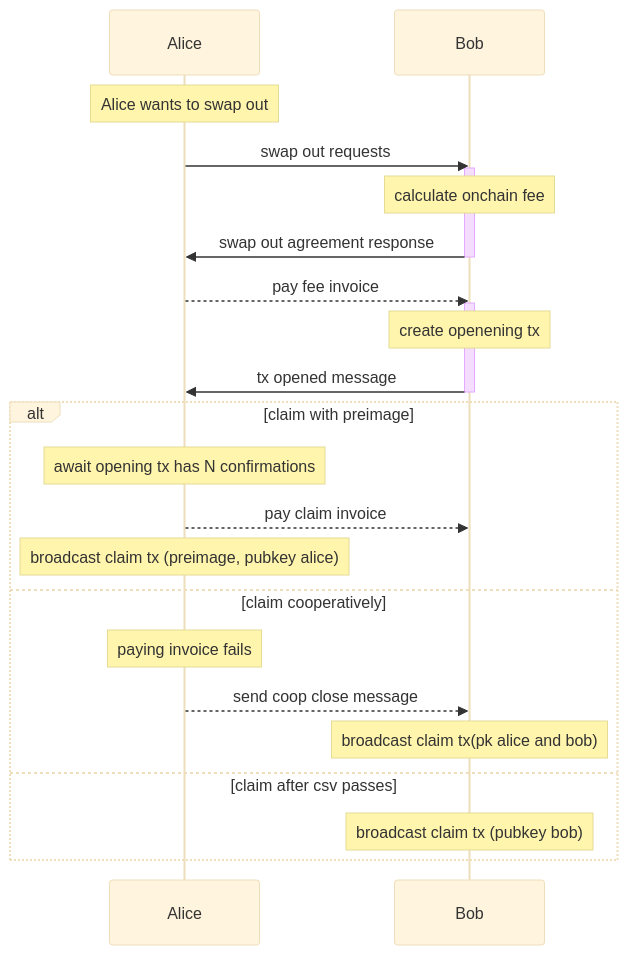
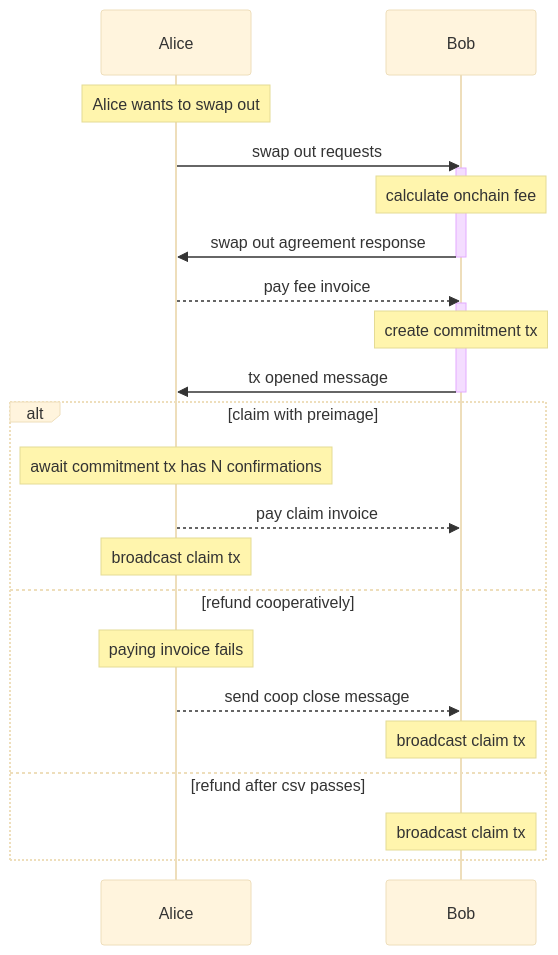
One commit to ElementsProject/peerswap changed the diagram in docs/mmd/swap-out-sequence.md. Above: the diagram before and after it, drawn with Mermaid (base theme). The commit also changed 14 other files, not shown here.

````diff
--- a/docs/mmd/swap-out-sequence.md
+++ b/docs/mmd/swap-out-sequence.md
@@ -1,29 +1,29 @@
 ```mermaid
 sequenceDiagram
 participant A as Alice
 participant B as Bob
 
 Note over A: Alice wants to swap out
 
 A->>B: swap out requests
 activate B
 Note over B: calculate onchain fee
 B->>A: swap out agreement response
 deactivate B
 A-->>B: pay fee invoice
 activate B
-Note over B: create openening tx
+Note over B: create commitment tx
 B->>A: tx opened message
 deactivate B
 alt claim with preimage
-Note over A: await opening tx has N confirmations
+Note over A: await commitment tx has N confirmations
 A-->>B: pay claim invoice
-Note over A: broadcast claim tx (preimage, pubkey alice)
-else claim cooperatively
+Note over A: broadcast claim tx
+else refund cooperatively
 Note over A: paying invoice fails
 A-->>B: send coop close message
-Note over B: broadcast claim tx(pk alice and bob)
-else claim after csv passes
-Note over B: broadcast claim tx (pubkey bob)
+Note over B: broadcast claim tx
+else refund after csv passes
+Note over B: broadcast claim tx
 end
 ```
````
